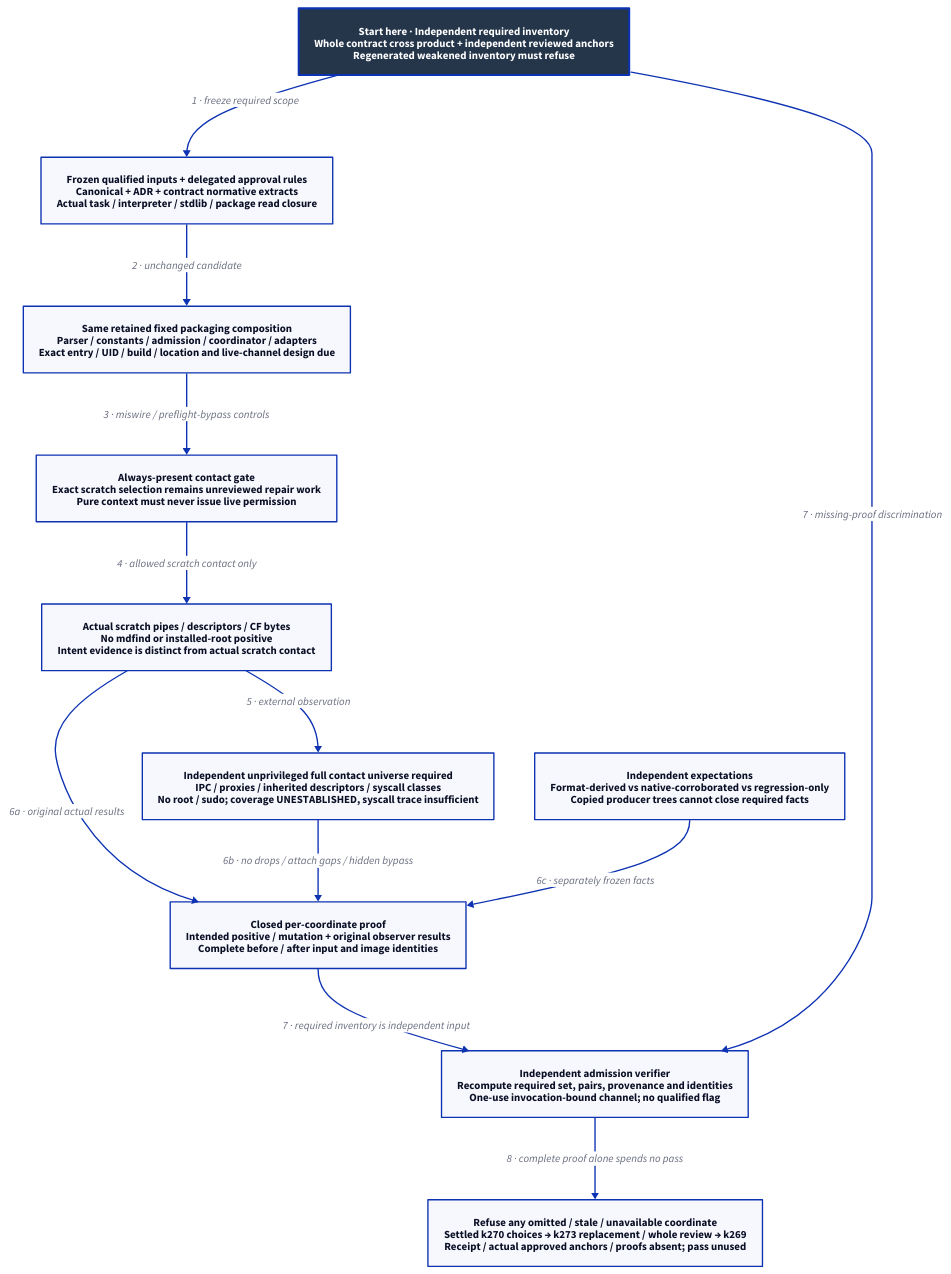
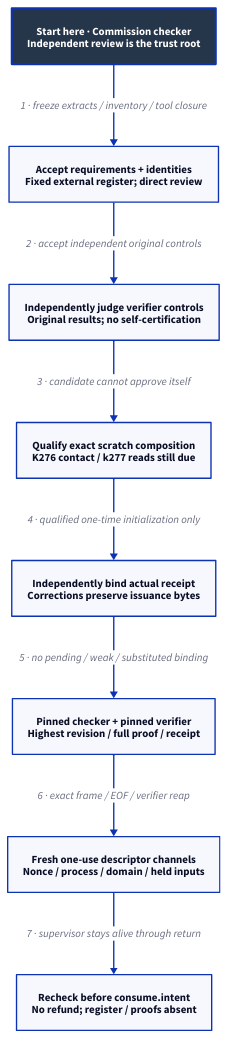
Before and after one commit to Linkuistics/Koine: the diagram in docs/design/architecture/native-reference-proof.d2, drawn with D2. The commit also changed 17 other files, not shown here.

Commit message:
Design independent reference-evidence approval anchors (reference-evidence-independent-anchors-k275)

```diff
--- a/docs/design/architecture/native-reference-proof.d2
+++ b/docs/design/architecture/native-reference-proof.d2
@@ -1,26 +1,20 @@
-# Component/flow view of unimplemented qualification, no native or target evidence.
+# Proposed dependency flow; root, tools and controls remain unqualified.
 direction: down
 classes: {
   start: {style: {fill: "#25364B"; font-color: "#FFFFFF"; bold: true; stroke-width: 3}}
 }
-Start: "Start here · Independent required inventory\nWhole contract cross product + independent reviewed anchors\nRegenerated weakened inventory must refuse" {class: start}
-Inputs: "Frozen qualified inputs + delegated approval rules\nCanonical + ADR + contract normative extracts\nActual task / interpreter / stdlib / package read closure"
-Rehearse: "Same retained fixed packaging composition\nParser / constants / admission / coordinator / adapters\nExact entry / UID / build / location and live-channel design due"
-Gate: "Always-present contact gate\nExact scratch selection remains unreviewed repair work\nPure context must never issue live permission"
-Scratch: "Actual scratch pipes / descriptors / CF bytes\nNo mdfind or installed-root positive\nIntent evidence is distinct from actual scratch contact"
-Observer: "Independent unprivileged full contact universe required\nIPC / proxies / inherited descriptors / syscall classes\nNo root / sudo; coverage UNESTABLISHED, syscall trace insufficient"
-Oracle: "Independent expectations\nFormat-derived vs native-corroborated vs regression-only\nCopied producer trees cannot close required facts"
-Proof: "Closed per-coordinate proof\nIntended positive / mutation + original observer results\nComplete before / after input and image identities"
-Verifier: "Independent admission verifier\nRecompute required set, pairs, provenance and identities\nOne-use invocation-bound channel; no qualified flag"
-Boundary: "Refuse any omitted / stale / unavailable coordinate\nSettled k270 choices → k273 replacement / whole review → k269\nReceipt / actual approved anchors / proofs absent; pass unused"
-Start -> Inputs: "1 · freeze required scope"
-Inputs -> Rehearse: "2 · unchanged candidate"
-Rehearse -> Gate: "3 · miswire / preflight-bypass controls"
-Gate -> Scratch: "4 · allowed scratch contact only"
-Scratch -> Observer: "5 · external observation"
-Scratch -> Proof: "6a · original actual results"
-Observer -> Proof: "6b · no drops / attach gaps / hidden bypass"
-Oracle -> Proof: "6c · separately frozen facts"
-Proof -> Verifier: "7 · required inventory is independent input"
-Start -> Verifier: "7 · missing-proof discrimination"
-Verifier -> Boundary: "8 · complete proof alone spends no pass"
+Start: "Start here · Commission checker\nIndependent review is the trust root" {class: start}
+Revision: "Accept requirements + identities\nFixed external register; direct review"
+Self: "Independently judge verifier controls\nOriginal results; no self-certification"
+Qualification: "Qualify exact scratch composition\nK276 contact / k277 reads still due"
+Receipt: "Independently bind actual receipt\nCorrections preserve issuance bytes"
+Checker: "Pinned checker + pinned verifier\nHighest revision / full proof / receipt"
+Channel: "Fresh one-use descriptor channels\nNonce / process / domain / held inputs"
+Boundary: "Recheck before consume.intent\nNo refund; register / proofs absent"
+Start -> Revision: "1 · freeze extracts / inventory / tool closure"
+Revision -> Self: "2 · accept independent original controls"
+Self -> Qualification: "3 · candidate cannot approve itself"
+Qualification -> Receipt: "4 · qualified one-time initialization only"
+Receipt -> Checker: "5 · no pending / weak / substituted binding"
+Checker -> Channel: "6 · exact frame / EOF / verifier reap"
+Channel -> Boundary: "7 · supervisor stays alive through return"
```
